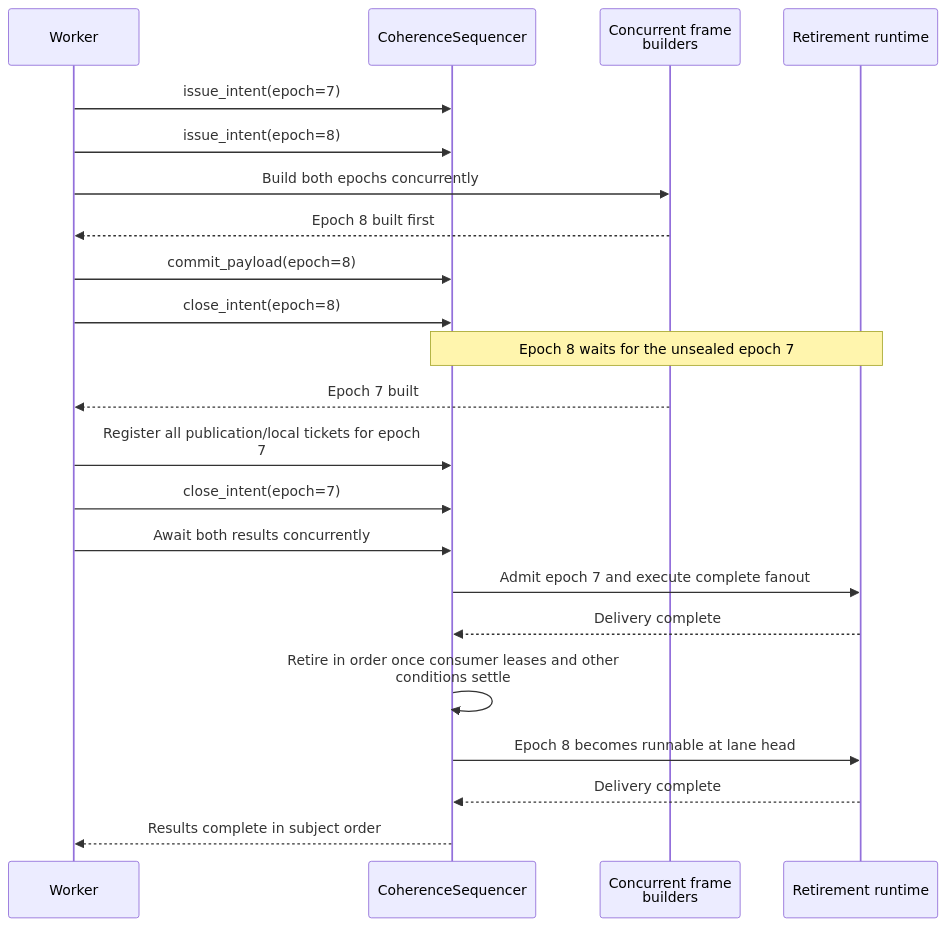
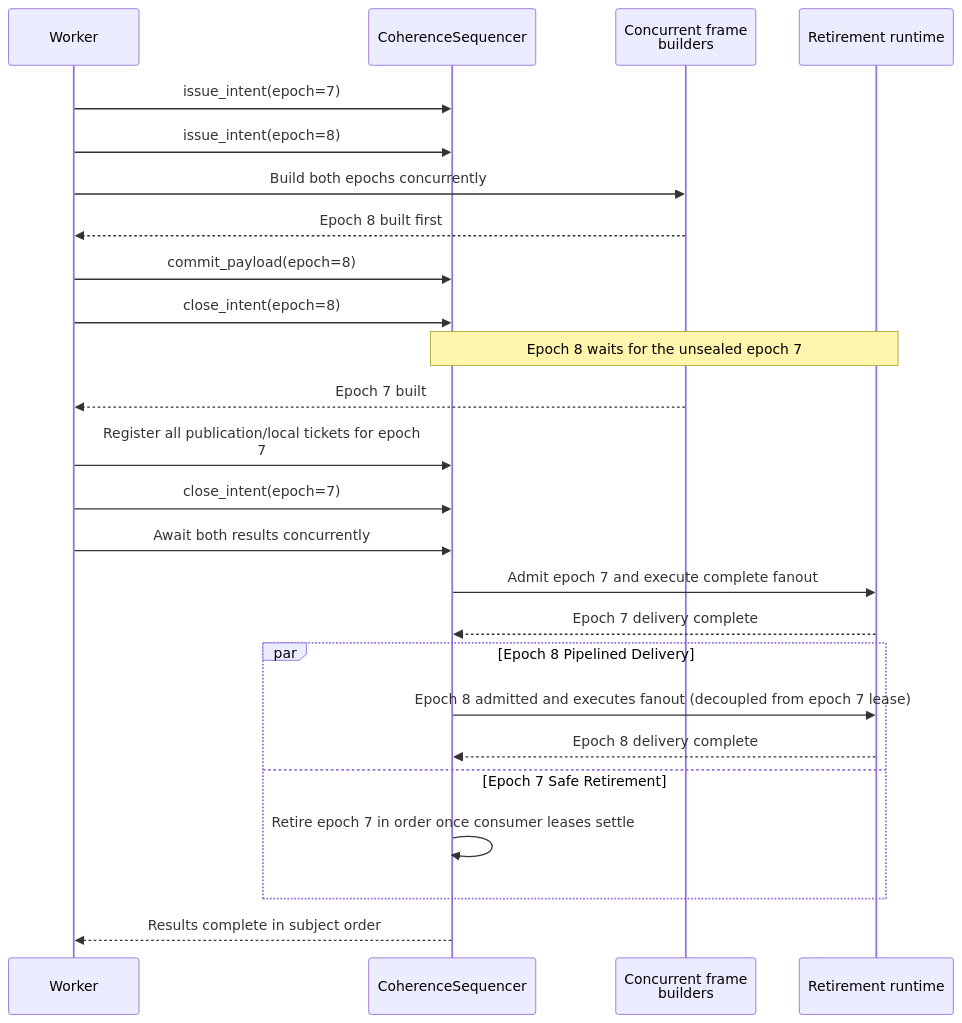
Before and after one commit to fluxway-project/fluxway: the fourth of 8 diagrams in docs/coherence_protocol.md, drawn with Mermaid. The commit also changed other lines of this file and 27 other files, not shown here.

````diff
--- a/docs/coherence_protocol.md
+++ b/docs/coherence_protocol.md
@@ -404,24 +404,27 @@
 ```mermaid
 sequenceDiagram
     participant W as Worker
     participant S as CoherenceSequencer
     participant B as Concurrent frame<br/>builders
     participant R as Retirement runtime
     W->>S: issue_intent(epoch=7)
     W->>S: issue_intent(epoch=8)
     W->>B: Build both epochs concurrently
     B-->>W: Epoch 8 built first
     W->>S: commit_payload(epoch=8)
     W->>S: close_intent(epoch=8)
     Note over S,R: Epoch 8 waits for the unsealed epoch 7
     B-->>W: Epoch 7 built
     W->>S: Register all publication/local tickets for epoch<br/>7
     W->>S: close_intent(epoch=7)
     W->>S: Await both results concurrently
     S->>R: Admit epoch 7 and execute complete fanout
-    R-->>S: Delivery complete
-    S->>S: Retire in order once consumer leases and other<br/>conditions settle
-    S->>R: Epoch 8 becomes runnable at lane head
-    R-->>S: Delivery complete
+    R-->>S: Epoch 7 delivery complete
+    par Epoch 8 Pipelined Delivery
+        S->>R: Epoch 8 admitted and executes fanout (decoupled from epoch 7 lease)
+        R-->>S: Epoch 8 delivery complete
+    and Epoch 7 Safe Retirement
+        S->>S: Retire epoch 7 in order once consumer leases settle
+    end
     S-->>W: Results complete in subject order
 ```
````
